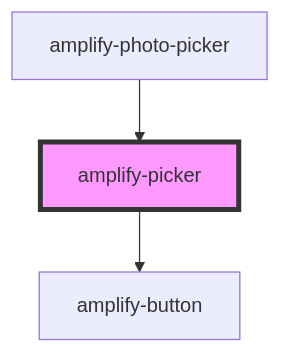
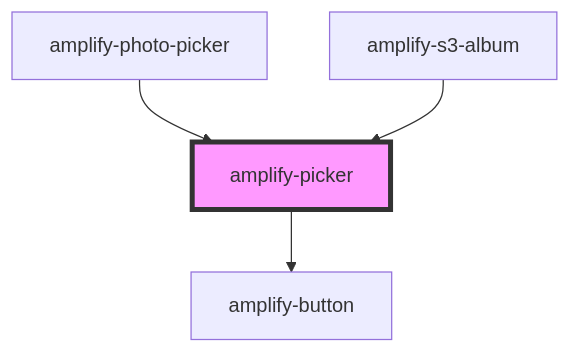
The diagram in packages/amplify-ui-components/src/components/amplify-picker/readme.md (aws-amplify/amplify-js), drawn with Mermaid before and after one commit. The commit also changed other lines of this file and 4 other files, not shown here.

Commit message:
update album with grid and picker

````diff
--- a/packages/amplify-ui-components/src/components/amplify-picker/readme.md
+++ b/packages/amplify-ui-components/src/components/amplify-picker/readme.md
@@ -26,6 +27,7 @@
 ```mermaid
 graph TD;
   amplify-picker --> amplify-button
   amplify-photo-picker --> amplify-picker
+  amplify-s3-album --> amplify-picker
   style amplify-picker fill:#f9f,stroke:#333,stroke-width:4px
 ```
````
